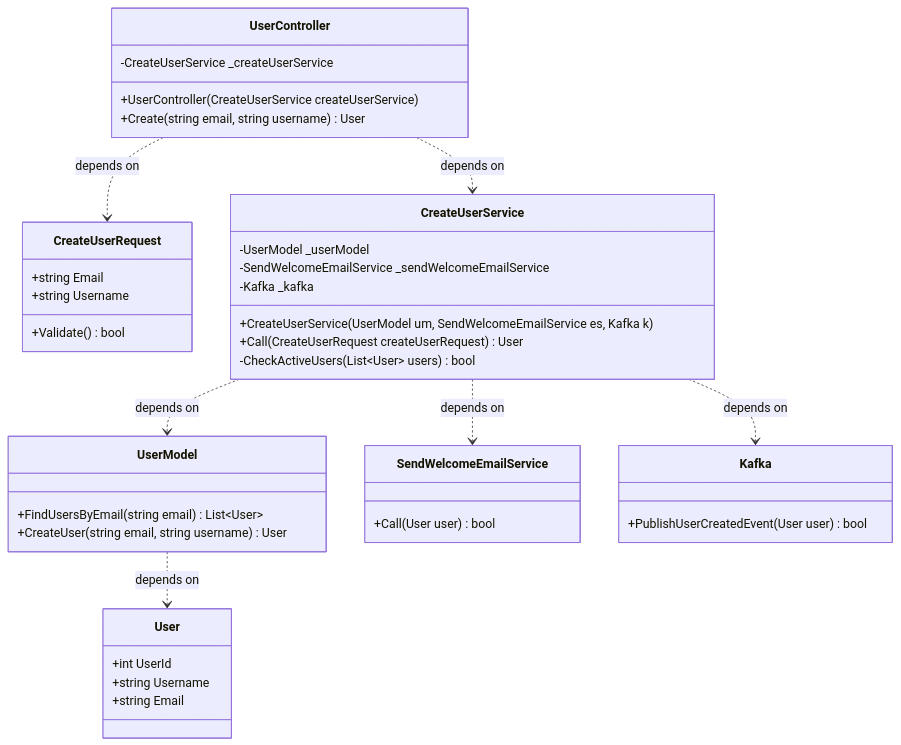
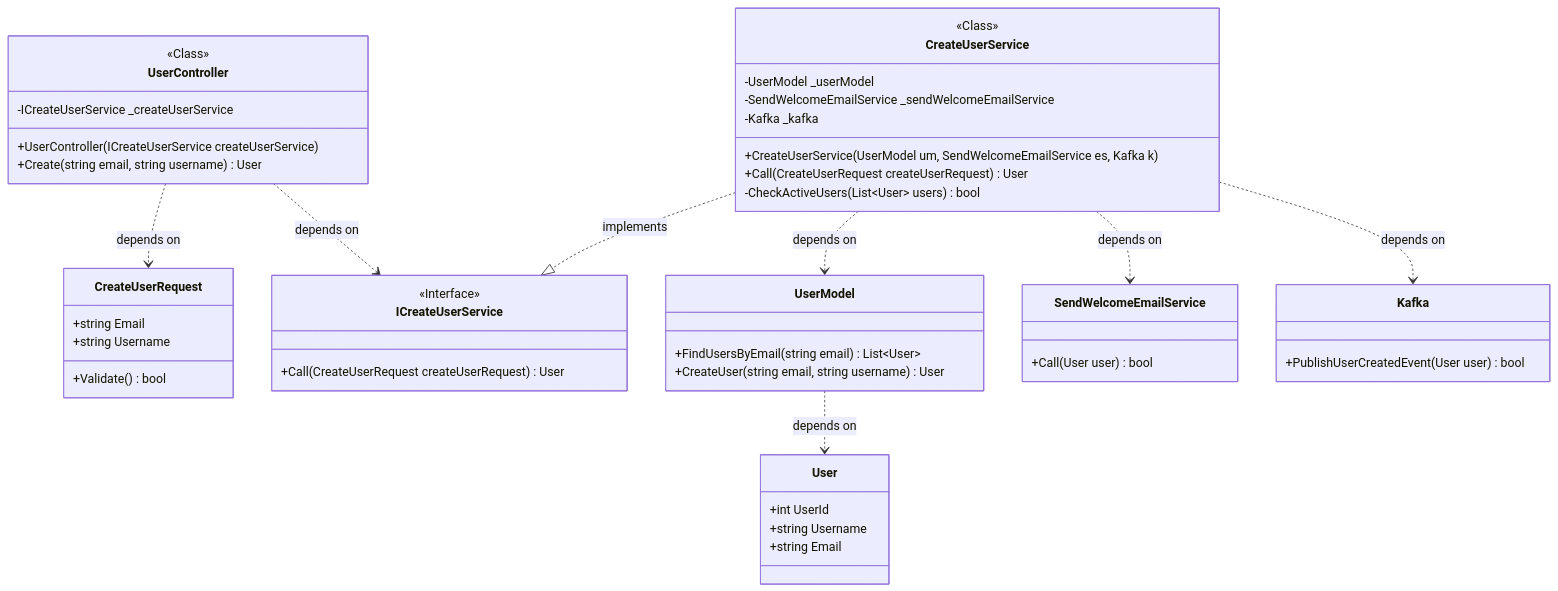
Before and after one commit to cristian658/mermaid-diagram: the diagram in StreamyClassDiagram.mmd, drawn with Mermaid.

Commit message:
Class Diagram Design and Refactors App 3

```diff
--- a/StreamyClassDiagram.mmd
+++ b/StreamyClassDiagram.mmd
@@ -1,49 +1,61 @@
 classDiagram
   class UserController {
-    -CreateUserService _createUserService
-    +UserController(CreateUserService createUserService)
+    <<Class>>
+    -ICreateUserService _createUserService
+    +UserController(ICreateUserService createUserService)
     +Create(string email, string username) User
 
+  }
+
+  class ICreateUserService {
+    <<Interface>>
+    +Call(CreateUserRequest createUserRequest) User
+  }
+
+  class CreateUserService {
+    <<Class>>
+    -UserModel _userModel
+    -SendWelcomeEmailService _sendWelcomeEmailService
+    -Kafka _kafka
+    +CreateUserService(UserModel um, SendWelcomeEmailService es, Kafka k)
+    +Call(CreateUserRequest createUserRequest) User
+    -CheckActiveUsers(List~User~ users) bool
   }
 
   class CreateUserRequest {
     +string Email
     +string Username
 
     +Validate() bool
   }  
 
-  class CreateUserService {
-    -UserModel _userModel
-    -SendWelcomeEmailService _sendWelcomeEmailService
-    -Kafka _kafka
-    +CreateUserService(UserModel um, SendWelcomeEmailService es, Kafka k)
-    +Call(CreateUserRequest createUserRequest) User
-    -CheckActiveUsers(List~User~ users) bool
-  }
+
 
   class UserModel {
     +FindUsersByEmail(string email) List~User~
     +CreateUser(string email, string username) User
   }
   
   class User {
     +int UserId
     +string Username
     +string Email
   }
 
   class SendWelcomeEmailService {
     +Call(User user) bool
   }
 
   class Kafka {
     +PublishUserCreatedEvent(User user) bool
   }
 
+
+
   UserController ..> CreateUserRequest: depends on
-  UserController ..> CreateUserService: depends on
+  UserController ..> ICreateUserService: depends on
+  CreateUserService ..|> ICreateUserService: implements
   CreateUserService ..> UserModel: depends on
   UserModel ..> User: depends on
   CreateUserService ..> SendWelcomeEmailService: depends on
   CreateUserService ..> Kafka: depends on
```
